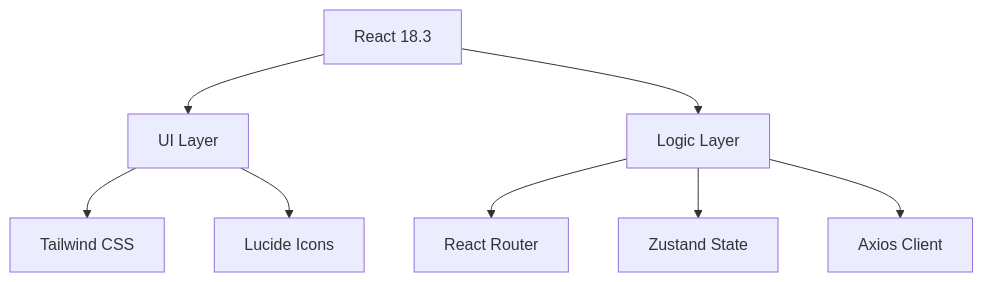
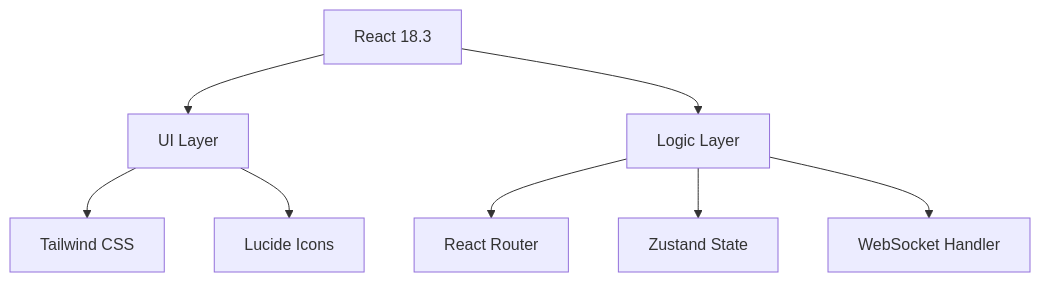
One commit to quantumNexus0/ai_legal_ecosystem changed the eighth of 9 diagrams in README.md. Above: the diagram before and after it, drawn with Mermaid. The commit also changed other lines of this file and 40 other files, not shown here.

````diff
--- a/README.md
+++ b/README.md
@@ -335,11 +379,11 @@
 ```mermaid
 graph TD
     React[React 18.3] --> UI[UI Layer]
     UI --> Tailwind[Tailwind CSS]
     UI --> Lucide[Lucide Icons]
     
     React --> Logic[Logic Layer]
     Logic --> Router[React Router]
     Logic --> Store[Zustand State]
-    Logic --> API[Axios Client]
+    Logic --> WS[WebSocket Handler]
 ```
````
